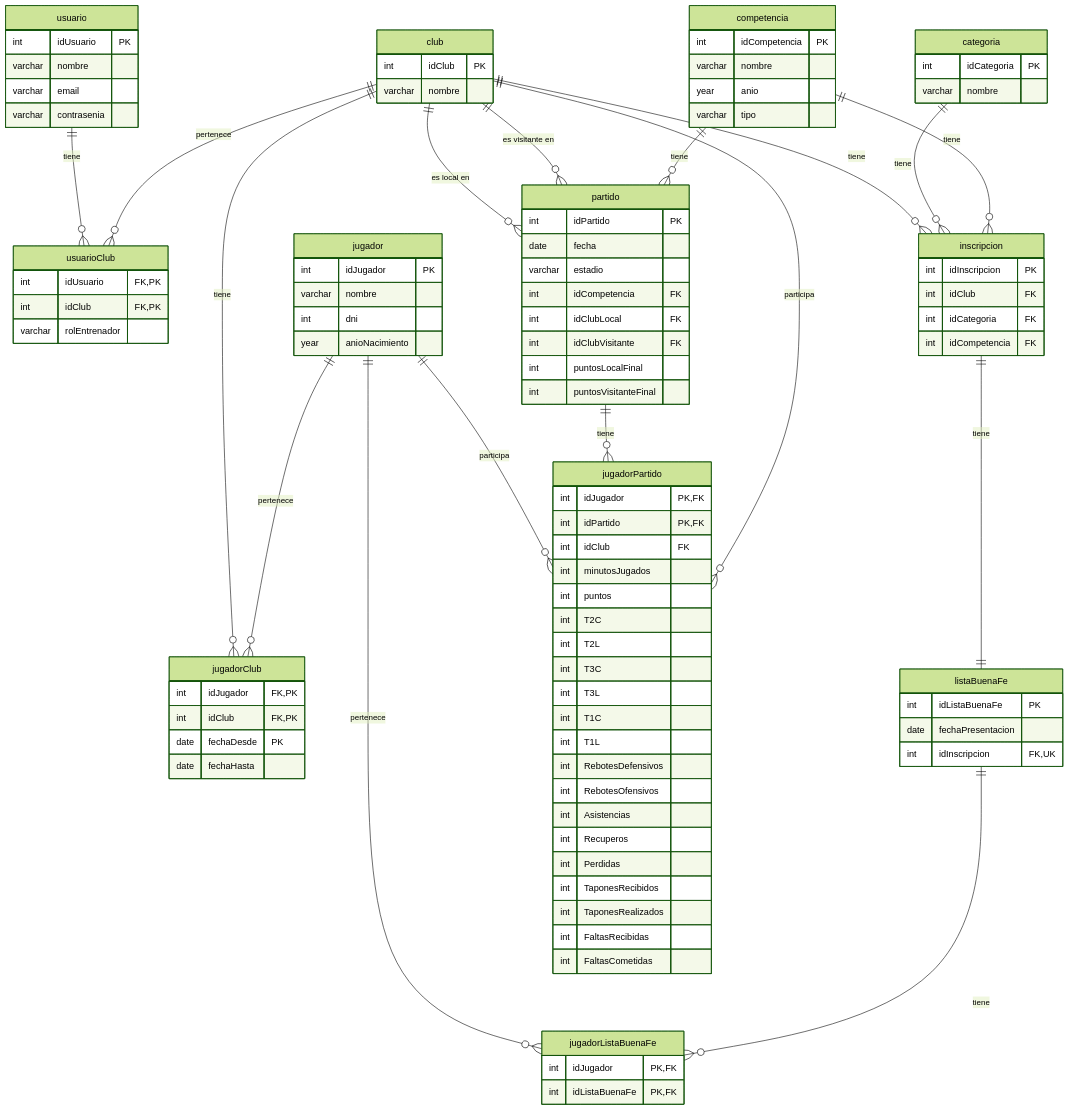
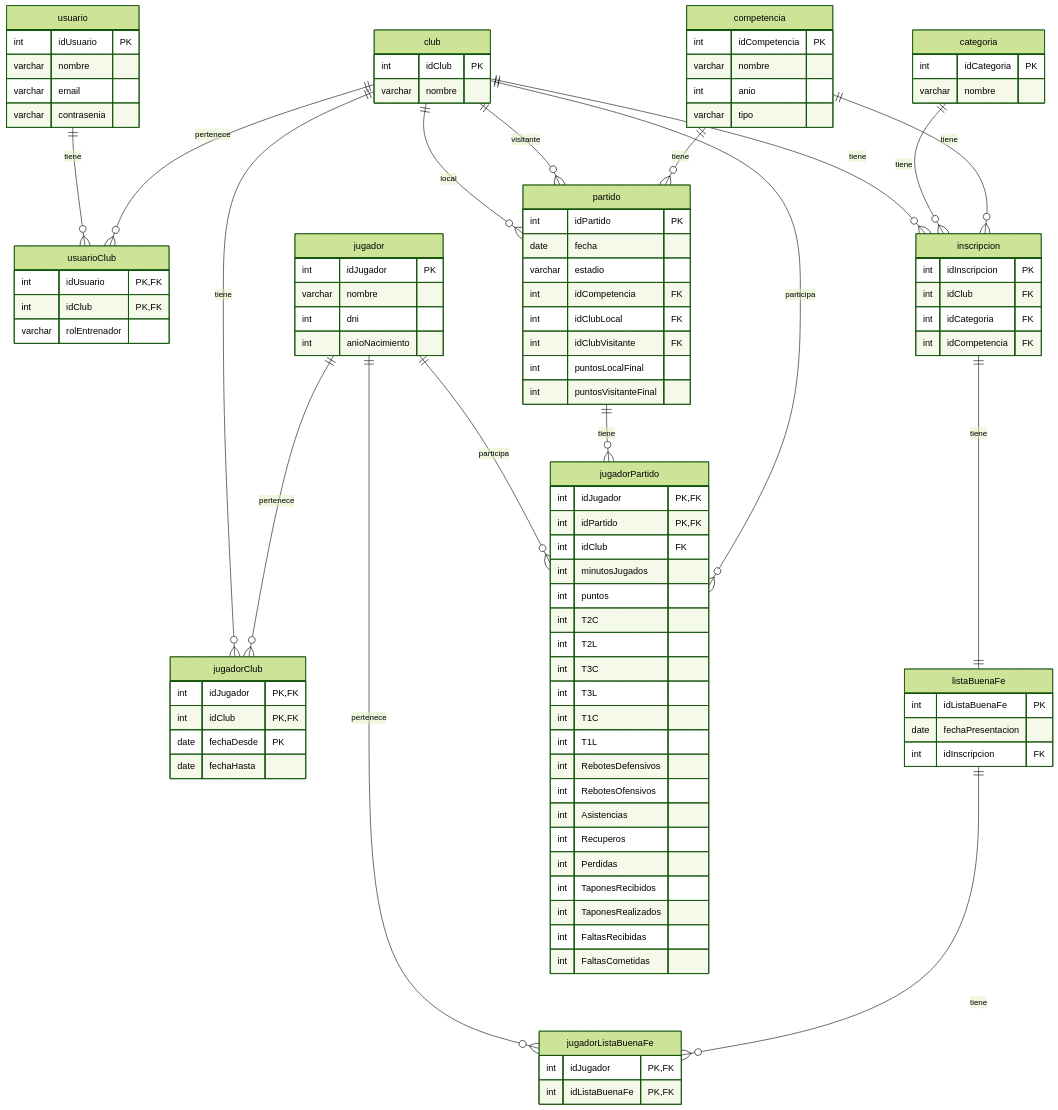
The third of 3 diagrams in docs/diagramas/diagramas.md (nicopinera/app_estadisticas), drawn with Mermaid (forest theme) before and after one commit. The commit also changed other lines of this file and 1 other file, not shown here.

Commit message:
Actualizar diagramas y mejorar configuración de MkDocs para documentación técnica

````diff
--- a/docs/diagramas/diagramas.md
+++ b/docs/diagramas/diagramas.md
@@ -254,52 +262,52 @@
 ```mermaid
 erDiagram
-    u[usuario] {
+    usuario {
         int idUsuario PK
         varchar nombre
         varchar email
         varchar contrasenia
     }
-    us[usuarioClub] {
-        int idUsuario FK,PK
-        int idClub FK,PK
+    usuarioClub {
+        int idUsuario PK,FK
+        int idClub PK,FK
         varchar rolEntrenador
     }
-    c[club] {
+    club {
         int idClub PK
         varchar nombre
     }
-    jc[jugadorClub] {
-        int idJugador FK,PK
-        int idClub FK,PK
+    jugadorClub {
+        int idJugador PK,FK
+        int idClub PK,FK
         date fechaDesde PK
         date fechaHasta
     }
-    j[jugador] {
+    jugador {
         int idJugador PK
         varchar nombre
         int dni
-        year anioNacimiento
+        int anioNacimiento
     }
-    jlbf[jugadorListaBuenaFe] {
+    jugadorListaBuenaFe {
         int idJugador PK,FK
         int idListaBuenaFe PK,FK
     }
-    lbf[listaBuenaFe] {
+    listaBuenaFe {
         int idListaBuenaFe PK
         date fechaPresentacion
-        int idInscripcion FK,UK
+        int idInscripcion FK
     }
-    ins[inscripcion] {
+    inscripcion {
         int idInscripcion PK
         int idClub FK
         int idCategoria FK
         int idCompetencia FK
     }
-    cat[categoria] {
+    categoria {
         int idCategoria PK
         varchar nombre
     }
-    p[partido] {
+    partido {
         int idPartido PK
         date fecha
         varchar estadio
@@ -309,7 +317,7 @@
         int puntosLocalFinal
         int puntosVisitanteFinal
     }
-    jp[jugadorPartido] {
+    jugadorPartido {
         int idJugador PK,FK
         int idPartido PK,FK
         int idClub FK
@@ -331,26 +339,27 @@
         int FaltasRecibidas
         int FaltasCometidas
     }
-    cop[competencia] {
+    competencia {
         int idCompetencia PK
         varchar nombre
-        year anio
+        int anio
         varchar tipo
     }
-    u ||--o{ us : tiene
-    c ||--o{ us : pertenece
-    c ||--o{ jc : tiene
-    c ||--o{ ins : tiene
-    c ||--o{ p : "es local en"
-    c ||--o{ p : "es visitante en"
-    j ||--o{ jc : pertenece
-    j ||--o{ jlbf : pertenece
-    j ||--o{ jp : participa
-    lbf ||--o{ jlbf : tiene
-    cat ||--o{ ins : tiene
-    cop ||--o{ ins : tiene
-    ins ||--|| lbf : tiene
-    p ||--o{ jp : tiene
-    c ||--o{ jp : participa
-    cop ||--o{ p : tiene
+
+    usuario ||--o{ usuarioClub : tiene
+    club ||--o{ usuarioClub : pertenece
+    club ||--o{ jugadorClub : tiene
+    club ||--o{ inscripcion : tiene
+    club ||--o{ partido : local
+    club ||--o{ partido : visitante
+    jugador ||--o{ jugadorClub : pertenece
+    jugador ||--o{ jugadorListaBuenaFe : pertenece
+    jugador ||--o{ jugadorPartido : participa
+    listaBuenaFe ||--o{ jugadorListaBuenaFe : tiene
+    categoria ||--o{ inscripcion : tiene
+    competencia ||--o{ inscripcion : tiene
+    inscripcion ||--|| listaBuenaFe : tiene
+    partido ||--o{ jugadorPartido : tiene
+    club ||--o{ jugadorPartido : participa
+    competencia ||--o{ partido : tiene
 ```
````
